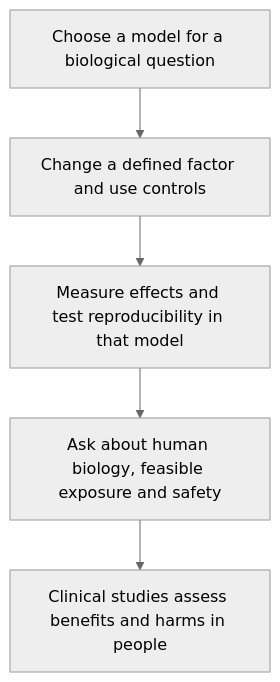
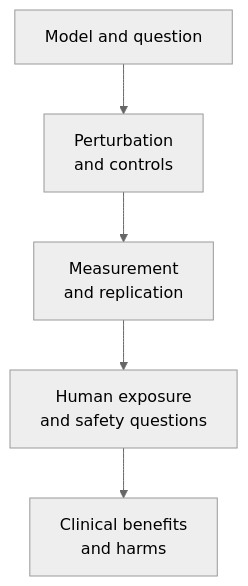
One commit to jasonLaster/oncoguide changed the diagram in wiki/education/concepts/evidence-and-statistics/study-design/preclinical-evidence.md. Above: the diagram before and after it, drawn with Mermaid (neutral theme). The commit also changed other lines of this file and 52 other files, not shown here.

````diff
--- a/wiki/education/concepts/evidence-and-statistics/study-design/preclinical-evidence.md
+++ b/wiki/education/concepts/evidence-and-statistics/study-design/preclinical-evidence.md
@@ -42,7 +46,7 @@
 ```mermaid
 flowchart TD
-  A["Choose a model for a biological question"] --> B["Change a defined factor and use controls"]
-  B --> C["Measure effects and test reproducibility in that model"]
-  C --> D["Ask about human biology, feasible exposure and safety"]
-  D --> E["Clinical studies assess benefits and harms in people"]
+  A["Model and question"] --> B["Perturbation<br/>and controls"]
+  B --> C["Measurement<br/>and replication"]
+  C --> D["Human exposure<br/>and safety questions"]
+  D --> E["Clinical benefits<br/>and harms"]
 ```
````
